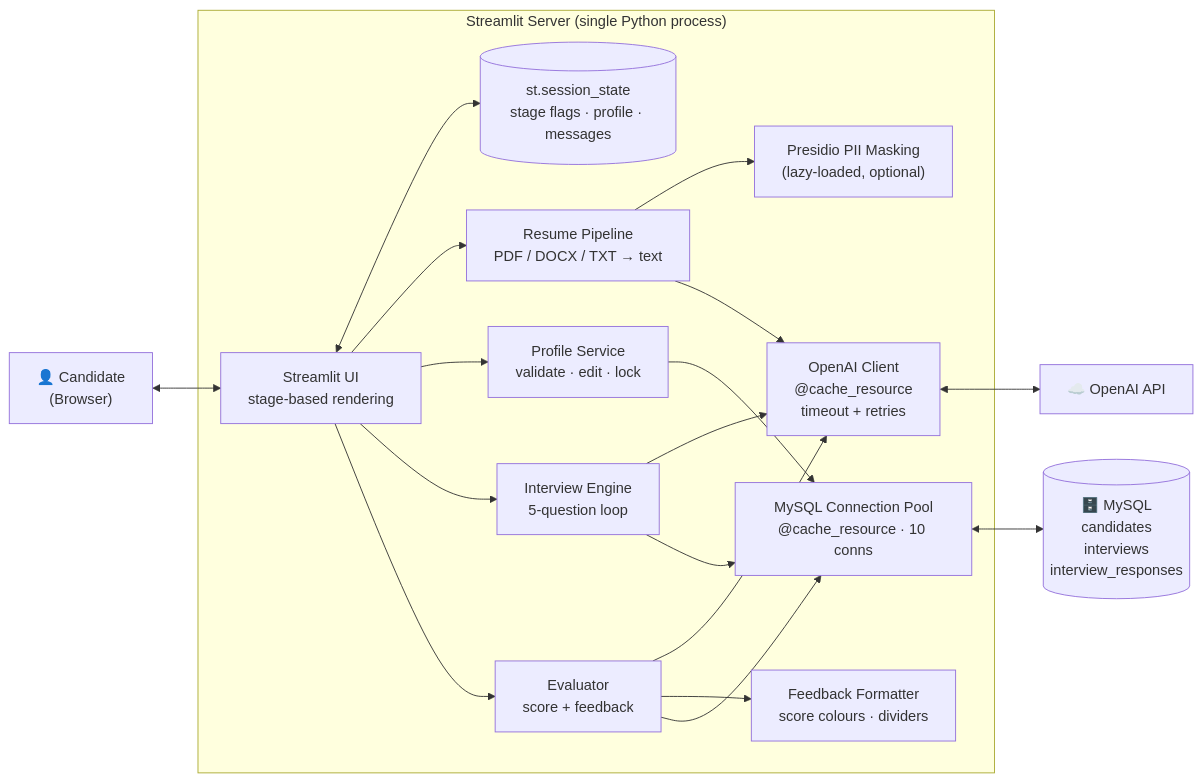
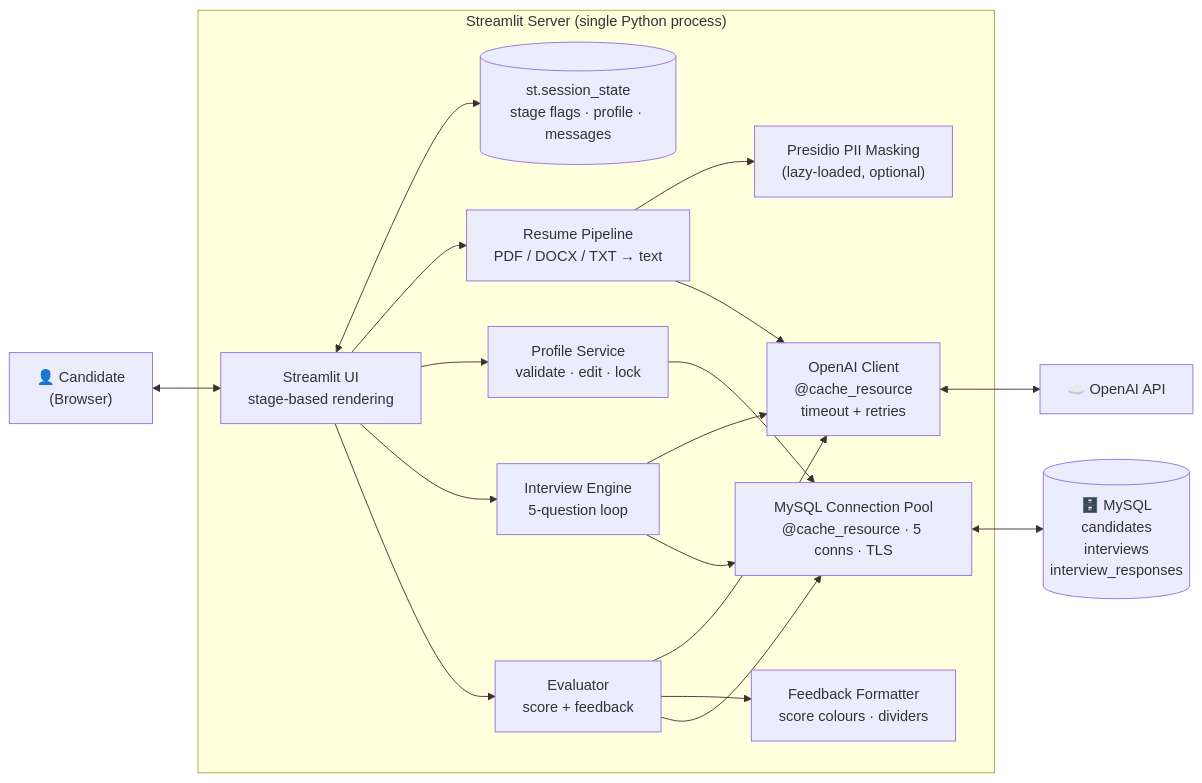
The first of 5 diagrams in README.md (naveenvasu55/Interview-Gen-AI-BOT), drawn with Mermaid before and after one commit. The commit also changed other lines of this file, not shown here.

````diff
--- a/README.md
+++ b/README.md
@@ -101,30 +103,30 @@
 ```mermaid
 flowchart LR
     U["👤 Candidate<br/>(Browser)"] <--> UI
 
     subgraph APP["Streamlit Server (single Python process)"]
         UI["Streamlit UI<br/>stage-based rendering"]
         SS[("st.session_state<br/>stage flags · profile · messages")]
         RP["Resume Pipeline<br/>PDF / DOCX / TXT → text"]
         PII["Presidio PII Masking<br/>(lazy-loaded, optional)"]
         PF["Profile Service<br/>validate · edit · lock"]
         IV["Interview Engine<br/>5-question loop"]
         EV["Evaluator<br/>score + feedback"]
         FMT["Feedback Formatter<br/>score colours · dividers"]
         OC["OpenAI Client<br/>@cache_resource<br/>timeout + retries"]
-        POOL["MySQL Connection Pool<br/>@cache_resource · 10 conns"]
+        POOL["MySQL Connection Pool<br/>@cache_resource · 5 conns · TLS"]
     end
 
     UI <--> SS
     UI --> RP --> PII
     RP --> OC
     UI --> PF --> POOL
     UI --> IV --> OC
     IV --> POOL
     UI --> EV --> OC
     EV --> FMT
     EV --> POOL
 
     OC <--> OPENAI["☁️ OpenAI API"]
     POOL <--> DB[("🗄️ MySQL<br/>candidates<br/>interviews<br/>interview_responses")]
 ```
````
